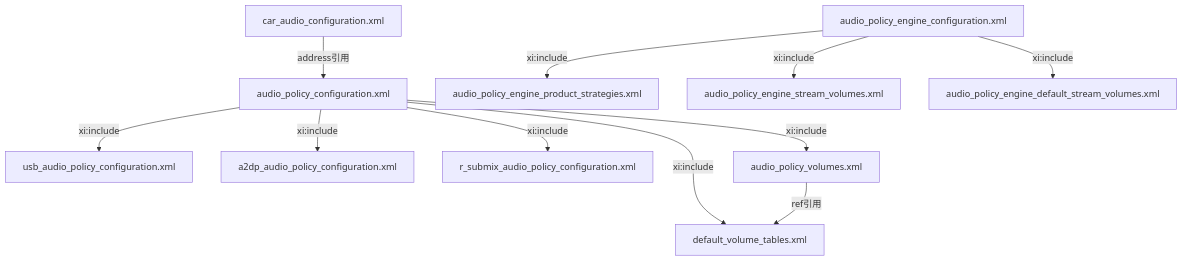
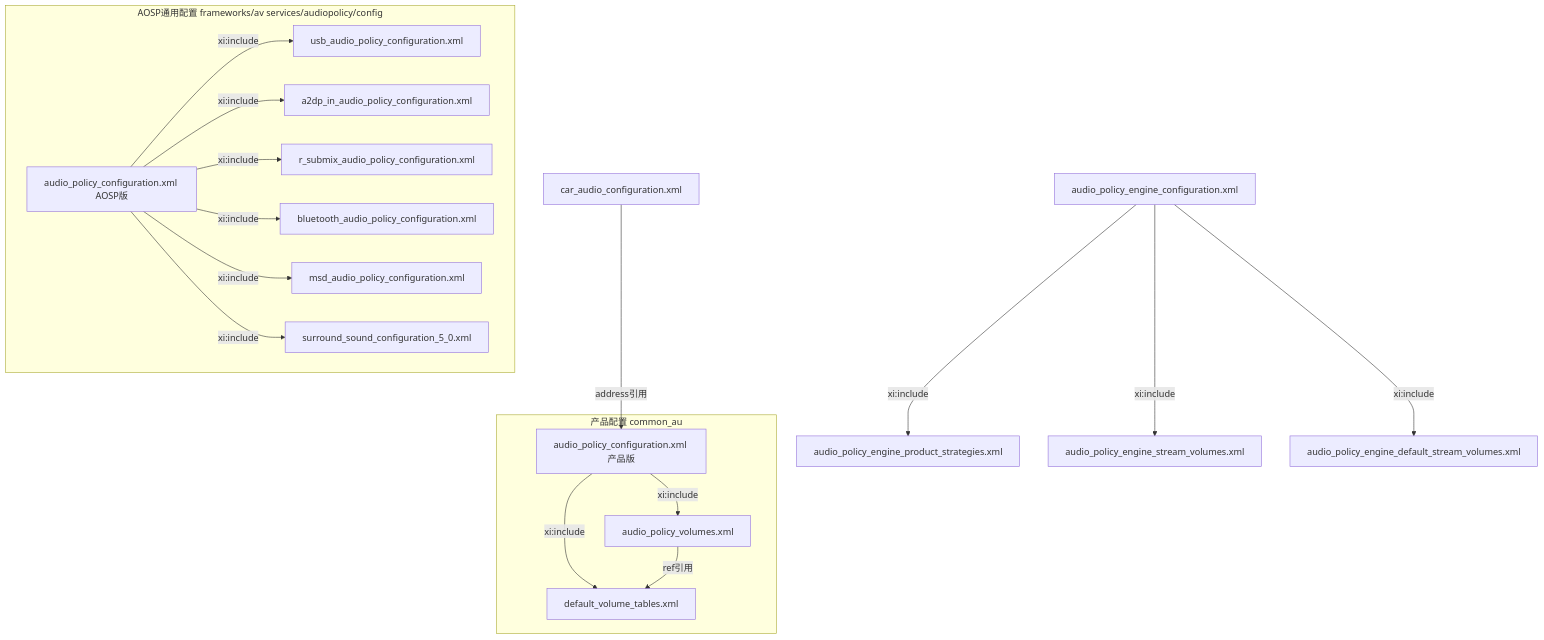
Before and after one commit to yanglinzhen1022/SA8295_AAOS_QNX_Audio_KnowledgeBase: the second of 3 diagrams in 11_Vendor_Layer/11_11.1_配置文件体系总览.md, drawn with Mermaid. The commit also changed other lines of this file and 4 other files, not shown here.

````diff
--- a/11_Vendor_Layer/11_11.1_配置文件体系总览.md
+++ b/11_Vendor_Layer/11_11.1_配置文件体系总览.md
@@ -61,16 +60,23 @@
 ```mermaid
 graph TD
-    APC[audio_policy_configuration.xml] -->|xi:include| USB[usb_audio_policy_configuration.xml]
-    APC -->|xi:include| A2DP[a2dp_audio_policy_configuration.xml]
-    APC -->|xi:include| RSM[r_submix_audio_policy_configuration.xml]
-    APC -->|xi:include| APV[audio_policy_volumes.xml]
+    subgraph 产品配置 common_au
+    APC[audio_policy_configuration.xml 产品版] -->|xi:include| APV[audio_policy_volumes.xml]
     APC -->|xi:include| DVT[default_volume_tables.xml]
+    end
+    subgraph AOSP通用配置 frameworks/av services/audiopolicy/config
+    APCA[audio_policy_configuration.xml AOSP版] -->|xi:include| USB[usb_audio_policy_configuration.xml]
+    APCA -->|xi:include| A2DPI[a2dp_in_audio_policy_configuration.xml]
+    APCA -->|xi:include| RSM[r_submix_audio_policy_configuration.xml]
+    APCA -->|xi:include| BLT[bluetooth_audio_policy_configuration.xml]
+    APCA -->|xi:include| MSD[msd_audio_policy_configuration.xml]
+    APCA -->|xi:include| SSR[surround_sound_configuration_5_0.xml]
+    end
 
     APEC[audio_policy_engine_configuration.xml] -->|xi:include| PS[audio_policy_engine_product_strategies.xml]
     APEC -->|xi:include| SV[audio_policy_engine_stream_volumes.xml]
     APEC -->|xi:include| DSV[audio_policy_engine_default_stream_volumes.xml]
 
     APV -->|ref引用| DVT
 
     CAC[car_audio_configuration.xml] -->|address引用| APC
 ```
````
